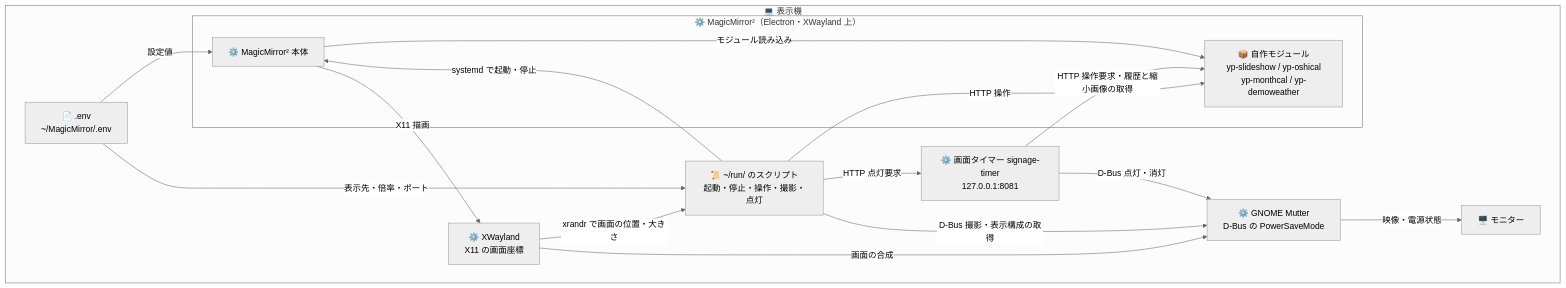
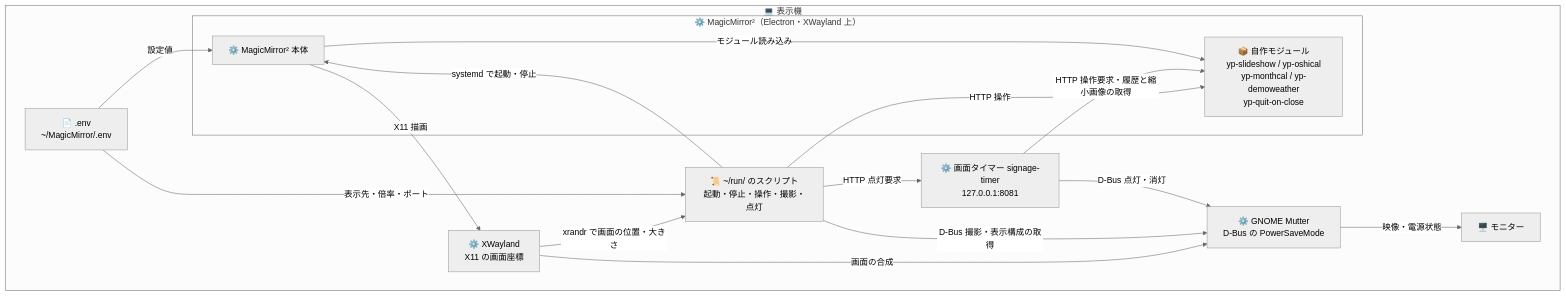
One commit to YoyogiPinball/yp-signage changed the diagram in docs/architecture.md. Above: the diagram before and after it, drawn with Mermaid (neutral theme). The commit also changed other lines of this file and 7 other files, not shown here.

````diff
--- a/docs/architecture.md
+++ b/docs/architecture.md
@@ -10,28 +10,28 @@
 ```mermaid
 flowchart TB
     subgraph host["💻 表示機"]
         env["📄 .env<br>~/MagicMirror/.env"]
         scripts["📜 ~/run/ のスクリプト<br>起動・停止・操作・撮影・点灯"]
         timer["⚙️ 画面タイマー signage-timer<br>127.0.0.1:8081"]
         subgraph magicmirror["⚙️ MagicMirror²（Electron・XWayland 上）"]
             mm["⚙️ MagicMirror² 本体"]
-            modules["📦 自作モジュール<br>yp-slideshow / yp-oshical<br>yp-monthcal / yp-demoweather"]
+            modules["📦 自作モジュール<br>yp-slideshow / yp-oshical<br>yp-monthcal / yp-demoweather<br>yp-quit-on-close"]
         end
         xwayland["⚙️ XWayland<br>X11 の画面座標"]
         mutter["⚙️ GNOME Mutter<br>D-Bus の PowerSaveMode"]
         screen["🖥️ モニター"]
     end
     env -->|設定値| mm
     env -->|表示先・倍率・ポート| scripts
     scripts -->|systemd で起動・停止| mm
     xwayland -->|xrandr で画面の位置・大きさ| scripts
     mm -->|モジュール読み込み| modules
     timer -->|HTTP 操作要求・履歴と縮小画像の取得| modules
     scripts -->|HTTP 操作| modules
     timer -->|D-Bus 点灯・消灯| mutter
     scripts -->|D-Bus 撮影・表示構成の取得| mutter
     scripts -->|HTTP 点灯要求| timer
     mm -->|X11 描画| xwayland
     xwayland -->|画面の合成| mutter
     mutter -->|映像・電源状態| screen
 ```
````
